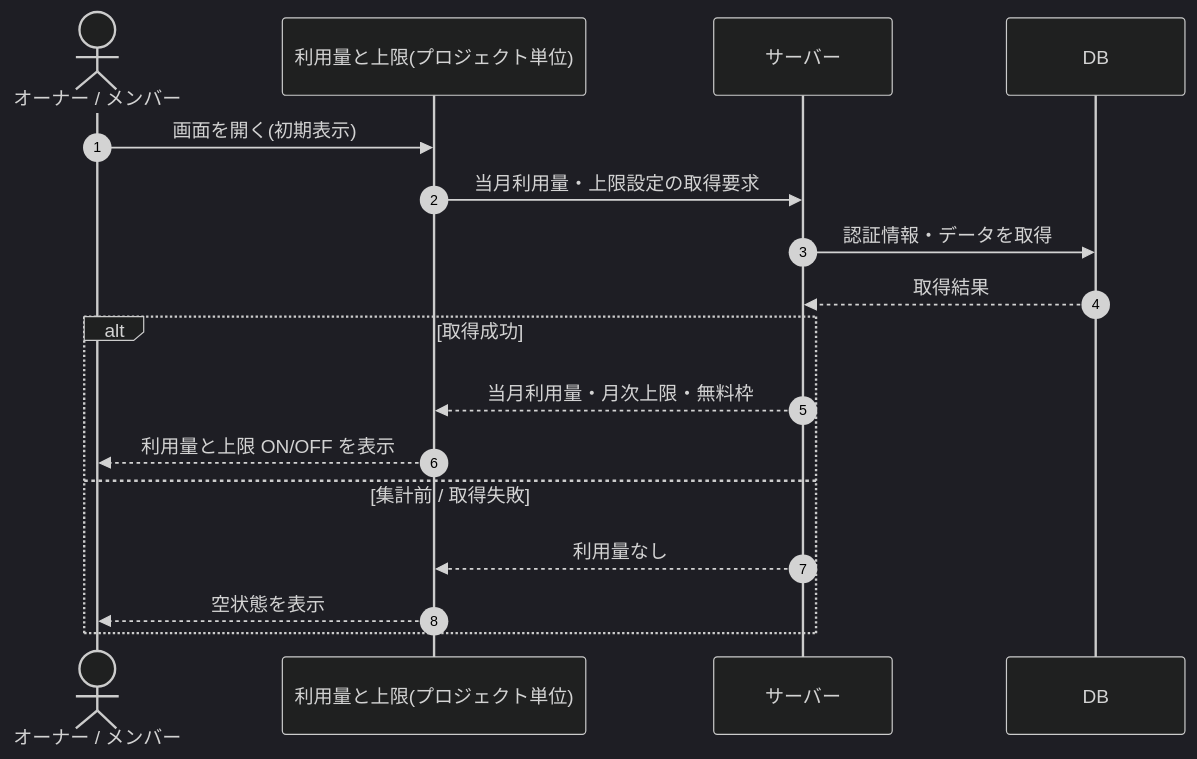
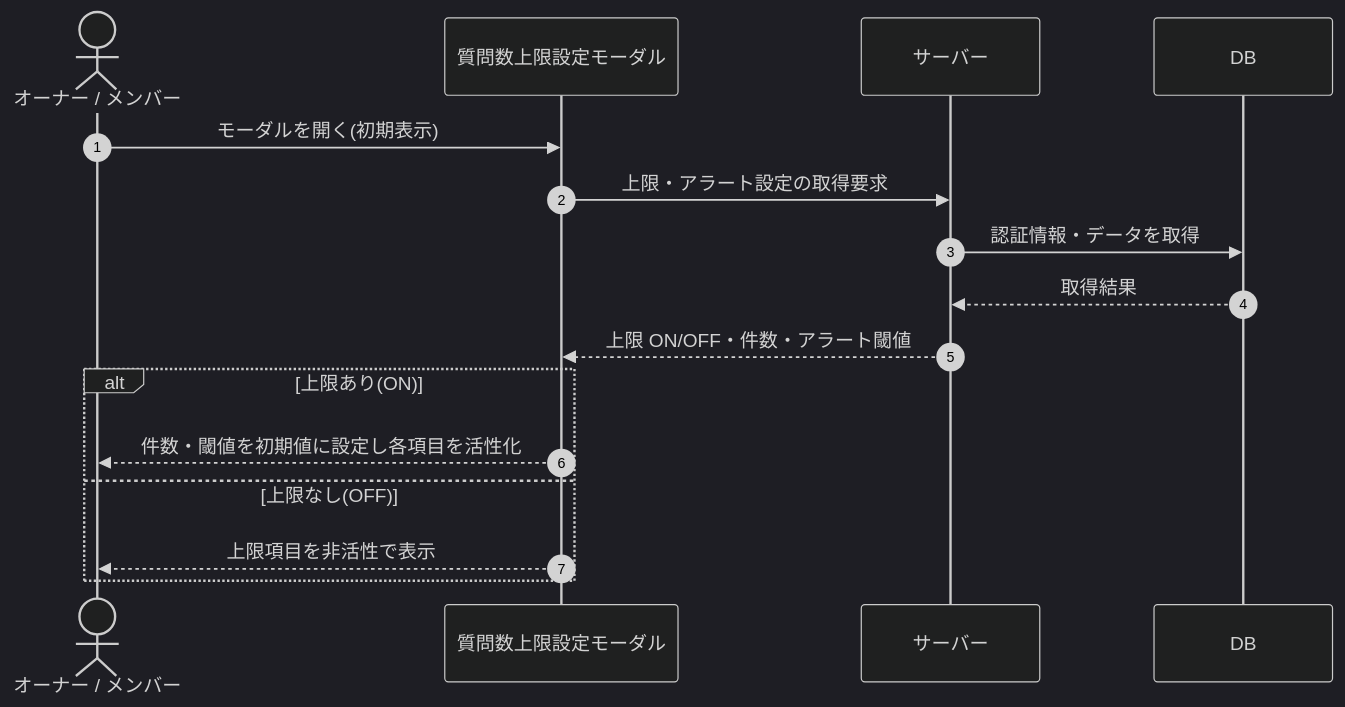
One commit to sikakou54/open-faq changed the diagram in 02_basic_design/03_sequences/SEQ-077.md. Above: the diagram before and after it, drawn with Mermaid (dark theme). The commit also changed other lines of this file and 395 other files, not shown here.

````diff
--- a/02_basic_design/03_sequences/SEQ-077.md
+++ b/02_basic_design/03_sequences/SEQ-077.md
@@ -25,19 +25,18 @@
 ```mermaid
 sequenceDiagram
   autonumber
   actor U as オーナー / メンバー
-  participant Screen as 利用量と上限(プロジェクト単位)
+  participant Screen as 質問数上限設定モーダル
   participant Server as サーバー
   participant DB as DB
-  U->>Screen: 画面を開く(初期表示)
-  Screen->>Server: 当月利用量・上限設定の取得要求
+  U->>Screen: モーダルを開く(初期表示)
+  Screen->>Server: 上限・アラート設定の取得要求
   Server->>DB: 認証情報・データを取得
   DB-->>Server: 取得結果
-  alt 取得成功
-    Server-->>Screen: 当月利用量・月次上限・無料枠
-    Screen-->>U: 利用量と上限 ON/OFF を表示
-  else 集計前 / 取得失敗
-    Server-->>Screen: 利用量なし
-    Screen-->>U: 空状態を表示
+  Server-->>Screen: 上限 ON/OFF・件数・アラート閾値
+  alt 上限あり(ON)
+    Screen-->>U: 件数・閾値を初期値に設定し各項目を活性化
+  else 上限なし(OFF)
+    Screen-->>U: 上限項目を非活性で表示
   end
 ```
````
